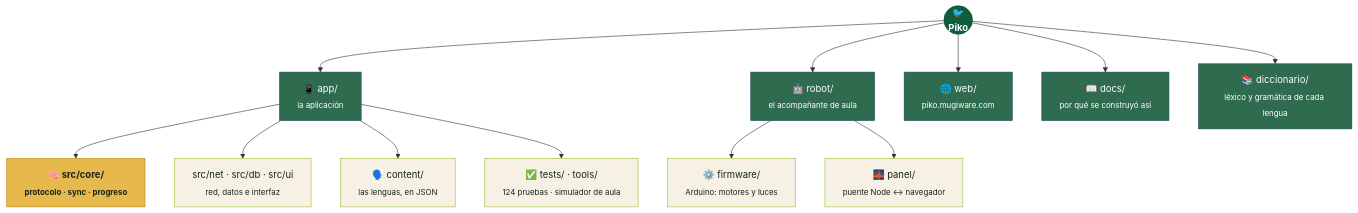
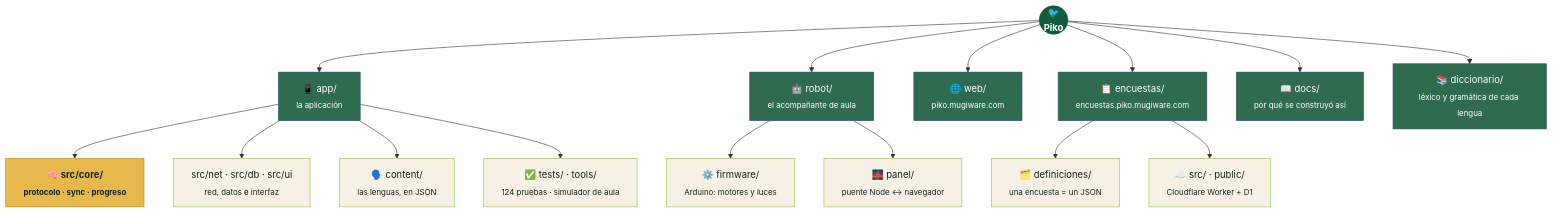
Before and after one commit to dnnyhr/Piko-Aplicacion-para-el-aprendizaje-de-idiomas-: the second of 2 diagrams in README.md, drawn with Mermaid. The commit also changed other lines of this file and 16 other files, not shown here.

````diff
--- a/README.md
+++ b/README.md
@@ -176,28 +179,32 @@
 ```mermaid
 flowchart TD
     RAIZ(("🐦<br/>Piko"))
 
     RAIZ --> APP["📱 app/<br/><sub>la aplicación</sub>"]
     RAIZ --> ROBOT["🤖 robot/<br/><sub>el acompañante de aula</sub>"]
     RAIZ --> WEB["🌐 web/<br/><sub>piko.mugiware.com</sub>"]
+    RAIZ --> ENC["📋 encuestas/<br/><sub>encuestas.piko.mugiware.com</sub>"]
     RAIZ --> DOCS["📖 docs/<br/><sub>por qué se construyó así</sub>"]
     RAIZ --> DICC["📚 diccionario/<br/><sub>léxico y gramática de cada lengua</sub>"]
 
     APP --> CORE["🧠 src/core/<br/><sub>protocolo · sync · progreso</sub>"]
     APP --> RESTO["src/net · src/db · src/ui<br/><sub>red, datos e interfaz</sub>"]
     APP --> CONTENT["🗣️ content/<br/><sub>las lenguas, en JSON</sub>"]
     APP --> TESTS["✅ tests/ · tools/<br/><sub>124 pruebas · simulador de aula</sub>"]
 
     ROBOT --> FIRM["⚙️ firmware/<br/><sub>Arduino: motores y luces</sub>"]
     ROBOT --> PANEL["🌉 panel/<br/><sub>puente Node ↔ navegador</sub>"]
 
+    ENC --> DEF["🗂️ definiciones/<br/><sub>una encuesta = un JSON</sub>"]
+    ENC --> WORKER["☁️ src/ · public/<br/><sub>Cloudflare Worker + D1</sub>"]
+
     classDef raiz fill:#0F5D3D,stroke:#0A4530,color:#fff,font-weight:bold
     classDef puerta fill:#2F6B4F,stroke:#1F4E5F,color:#fff
     classDef nucleo fill:#E7B84C,stroke:#B9860F,color:#16241D,font-weight:bold
     classDef hoja fill:#F7F0E4,stroke:#97C137,color:#16241D
 
     class RAIZ raiz
-    class APP,ROBOT,WEB,DOCS,DICC puerta
+    class APP,ROBOT,WEB,ENC,DOCS,DICC puerta
     class CORE nucleo
-    class RESTO,CONTENT,TESTS,FIRM,PANEL hoja
+    class RESTO,CONTENT,TESTS,FIRM,PANEL,DEF,WORKER hoja
 ```
````
